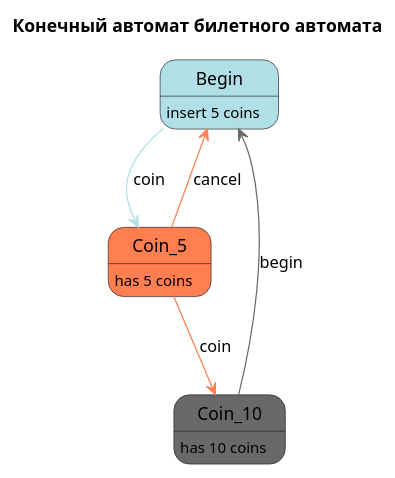
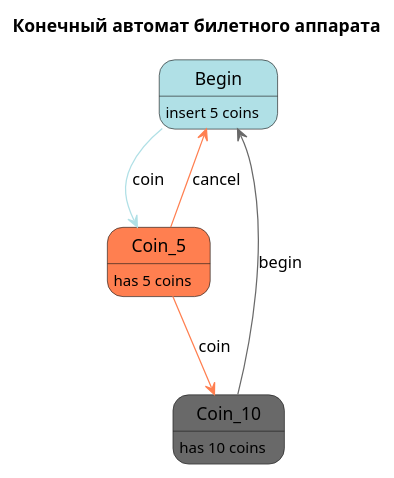
One commit to VenidiktovGA/state-machine-training changed the diagram in ticket-state-machine.puml. Above: the diagram before and after it, drawn with PlantUML. The commit also changed 2 other files, not shown here.

```diff
--- a/ticket-state-machine.puml
+++ b/ticket-state-machine.puml
@@ -1,13 +1,13 @@
 @startuml
-title Конечный автомат билетного автомата
+title Конечный автомат билетного аппарата
 
 state Begin #PowderBlue : insert 5 coins
 state Coin_5 #Coral : has 5 coins
 state Coin_10 #DimGray : has 10 coins
 
 Begin -[#PowderBlue]-> Coin_5 : coin
 Coin_5 -[#Coral]-> Begin : cancel
 Coin_5 -[#Coral]-> Coin_10 : coin
 Coin_10 -[#DimGray]-> Begin : begin
 
 @enduml
```
